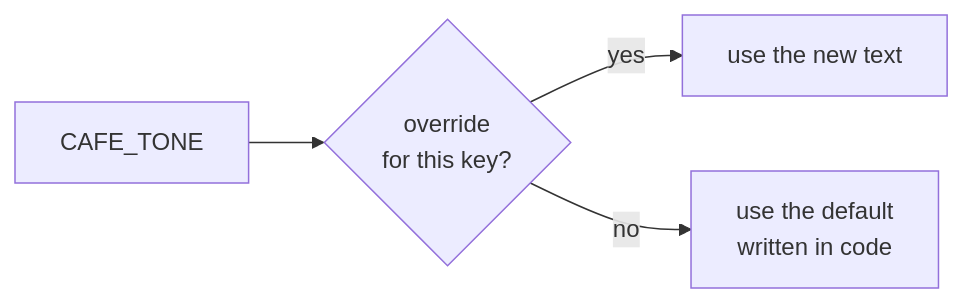
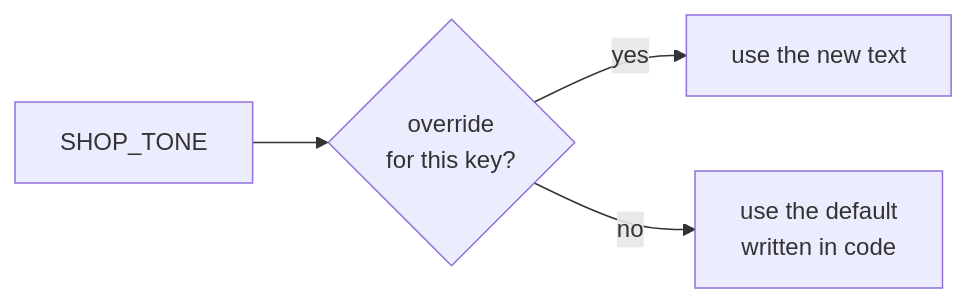
The fifth of 9 diagrams in blogs/engineering-prompts-for-a-real-app/01-building-blocks/index.md (AlenGeoAlex/alenalex.me), drawn with Mermaid before and after one commit. The commit also changed other lines of this file, not shown here.

````diff
--- a/blogs/engineering-prompts-for-a-real-app/01-building-blocks/index.md
+++ b/blogs/engineering-prompts-for-a-real-app/01-building-blocks/index.md
@@ -189,6 +189,6 @@
 ```mermaid
 flowchart LR
-  K["CAFE_TONE"] --> Q{"override<br/>for this key?"}
+  K["SHOP_TONE"] --> Q{"override<br/>for this key?"}
   Q -->|yes| O["use the new text"]
   Q -->|no| D["use the default<br/>written in code"]
 ```
````
